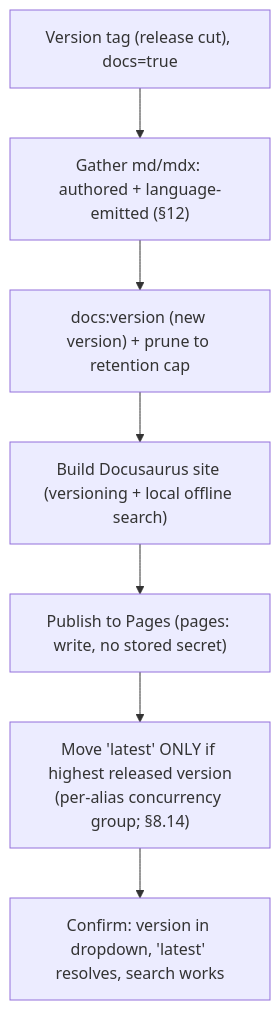
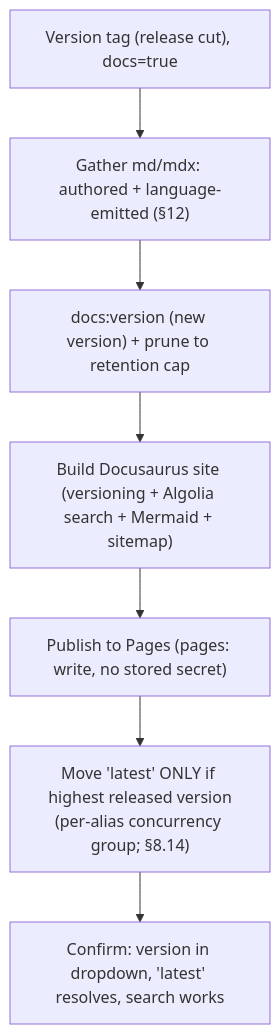
Diagram 22 of 23 in REQUIREMENTS.md (amattas/aviato), drawn with Mermaid before and after one commit. The commit also changed other lines of this file and 50 other files, not shown here.

````diff
--- a/REQUIREMENTS.md
+++ b/REQUIREMENTS.md
@@ -1739,9 +1776,9 @@
 ```mermaid
 flowchart TD
     A["Version tag (release cut), docs=true"] --> B["Gather md/mdx: authored + language-emitted (§12)"]
     B --> C["docs:version (new version) + prune to retention cap"]
-    C --> D["Build Docusaurus site (versioning + local offline search)"]
+    C --> D["Build Docusaurus site (versioning + Algolia search + Mermaid + sitemap)"]
     D --> E["Publish to Pages (pages: write, no stored secret)"]
     E --> G["Move 'latest' ONLY if highest released version<br/>(per-alias concurrency group; §8.14)"]
     G --> F["Confirm: version in dropdown, 'latest' resolves, search works"]
 ```
````
